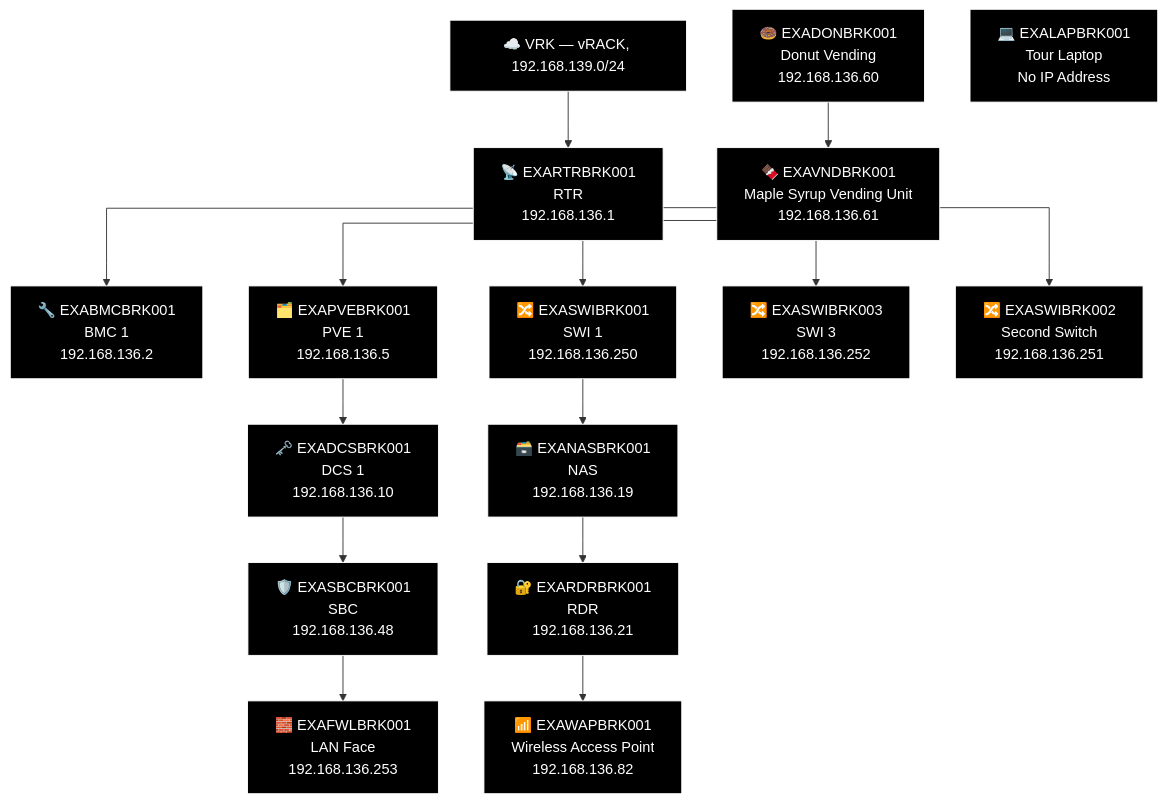
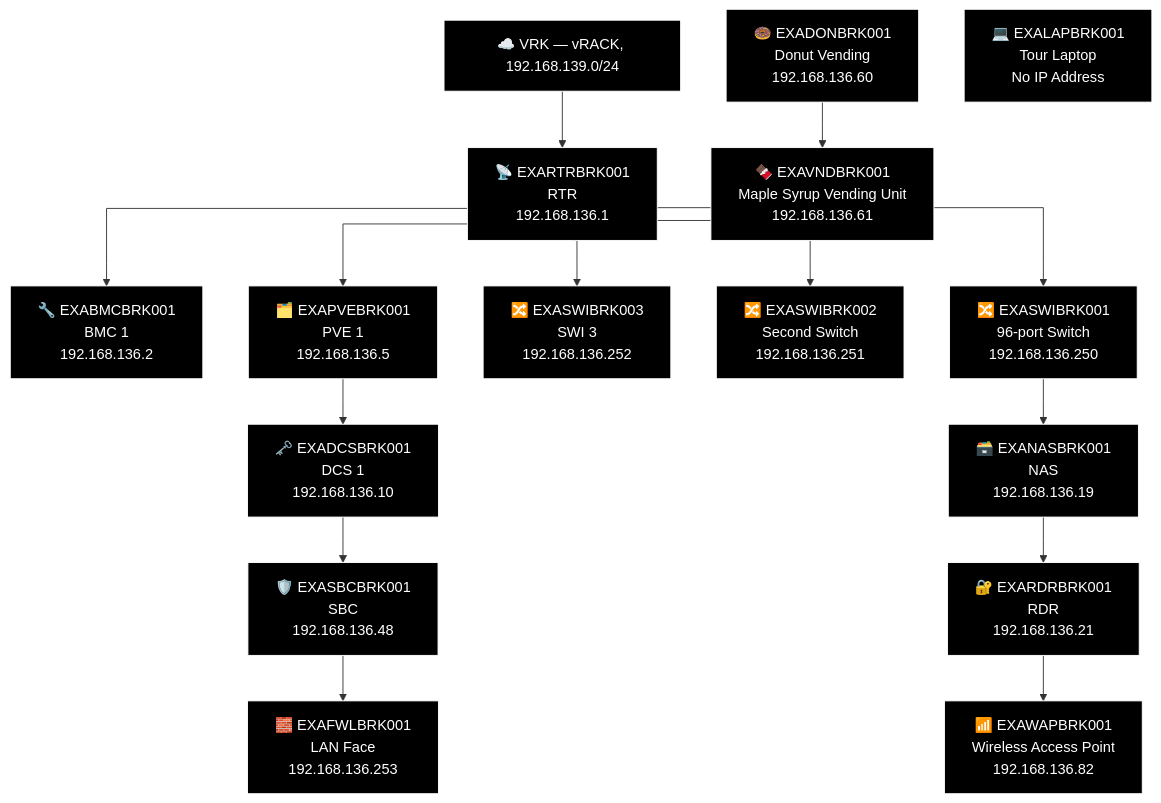
Before and after one commit to knightmare2600/example_music_infra: the third of 9 diagrams in docs/network-diagram/canada.md, drawn with Mermaid. The commit also changed 20 other files, not shown here.

````diff
--- a/docs/network-diagram/canada.md
+++ b/docs/network-diagram/canada.md
@@ -134,47 +134,47 @@
 ```mermaid
 %% GENERATED:TOPOLOGY:BRK:START
 %%{init: {'flowchart': {'curve': 'stepAfter'}}}%%
 graph TD
     T_VRK["☁️ VRK — vRACK, 192.168.139.0/24"]
     T_RTR["📡 EXARTRBRK001<br/>RTR<br/>192.168.136.1"]
     T_VRK --> T_RTR
     T_BMC["🔧 EXABMCBRK001<br/>BMC 1<br/>192.168.136.2"]
     T_RTR --> T_BMC
     T_PVE["🗂️ EXAPVEBRK001<br/>PVE 1<br/>192.168.136.5"]
     T_RTR --> T_PVE
-    T_SWI["🔀 EXASWIBRK001<br/>SWI 1<br/>192.168.136.250"]
+    T_SWI["🔀 EXASWIBRK003<br/>SWI 3<br/>192.168.136.252"]
     T_RTR --> T_SWI
-    T_SWI2["🔀 EXASWIBRK003<br/>SWI 3<br/>192.168.136.252"]
+    T_SWI2["🔀 EXASWIBRK002<br/>Second Switch<br/>192.168.136.251"]
     T_RTR --> T_SWI2
-    T_SWI3["🔀 EXASWIBRK002<br/>Second Switch<br/>192.168.136.251"]
+    T_SWI3["🔀 EXASWIBRK001<br/>96-port Switch<br/>192.168.136.250"]
     T_RTR --> T_SWI3
     T_NAS["🗃️ EXANASBRK001<br/>NAS<br/>192.168.136.19"]
     T_RDR["🔐 EXARDRBRK001<br/>RDR<br/>192.168.136.21"]
     T_WAP["📶 EXAWAPBRK001<br/>Wireless Access Point<br/>192.168.136.82"]
-    T_SWI --> T_NAS --> T_RDR --> T_WAP
+    T_SWI3 --> T_NAS --> T_RDR --> T_WAP
     T_DCS["🗝️ EXADCSBRK001<br/>DCS 1<br/>192.168.136.10"]
     T_SBC["🛡️ EXASBCBRK001<br/>SBC<br/>192.168.136.48"]
     T_FWL["🧱 EXAFWLBRK001<br/>LAN Face<br/>192.168.136.253"]
     T_PVE --> T_DCS --> T_SBC --> T_FWL
     T_DON["🍩 EXADONBRK001<br/>Donut Vending<br/>192.168.136.60"]
     T_LAP["💻 EXALAPBRK001<br/>Tour Laptop<br/>No IP Address"]
     T_VND["🍫 EXAVNDBRK001<br/>Maple Syrup Vending Unit<br/>192.168.136.61"]
     T_DON --> T_VND
     style T_VRK fill:#000000,stroke:#FFFFFF,color:#FFFFFF
     style T_RTR fill:#000000,stroke:#FFFFFF,color:#FFFFFF
     style T_BMC fill:#000000,stroke:#FFFFFF,color:#FFFFFF
     style T_PVE fill:#000000,stroke:#FFFFFF,color:#FFFFFF
     style T_SWI fill:#000000,stroke:#FFFFFF,color:#FFFFFF
     style T_SWI2 fill:#000000,stroke:#FFFFFF,color:#FFFFFF
     style T_SWI3 fill:#000000,stroke:#FFFFFF,color:#FFFFFF
     style T_NAS fill:#000000,stroke:#FFFFFF,color:#FFFFFF
     style T_RDR fill:#000000,stroke:#FFFFFF,color:#FFFFFF
     style T_WAP fill:#000000,stroke:#FFFFFF,color:#FFFFFF
     style T_DCS fill:#000000,stroke:#FFFFFF,color:#FFFFFF
     style T_SBC fill:#000000,stroke:#FFFFFF,color:#FFFFFF
     style T_FWL fill:#000000,stroke:#FFFFFF,color:#FFFFFF
     style T_DON fill:#000000,stroke:#FFFFFF,color:#FFFFFF
     style T_LAP fill:#000000,stroke:#FFFFFF,color:#FFFFFF
     style T_VND fill:#000000,stroke:#FFFFFF,color:#FFFFFF
 %% GENERATED:TOPOLOGY:BRK:END
 ```
````
